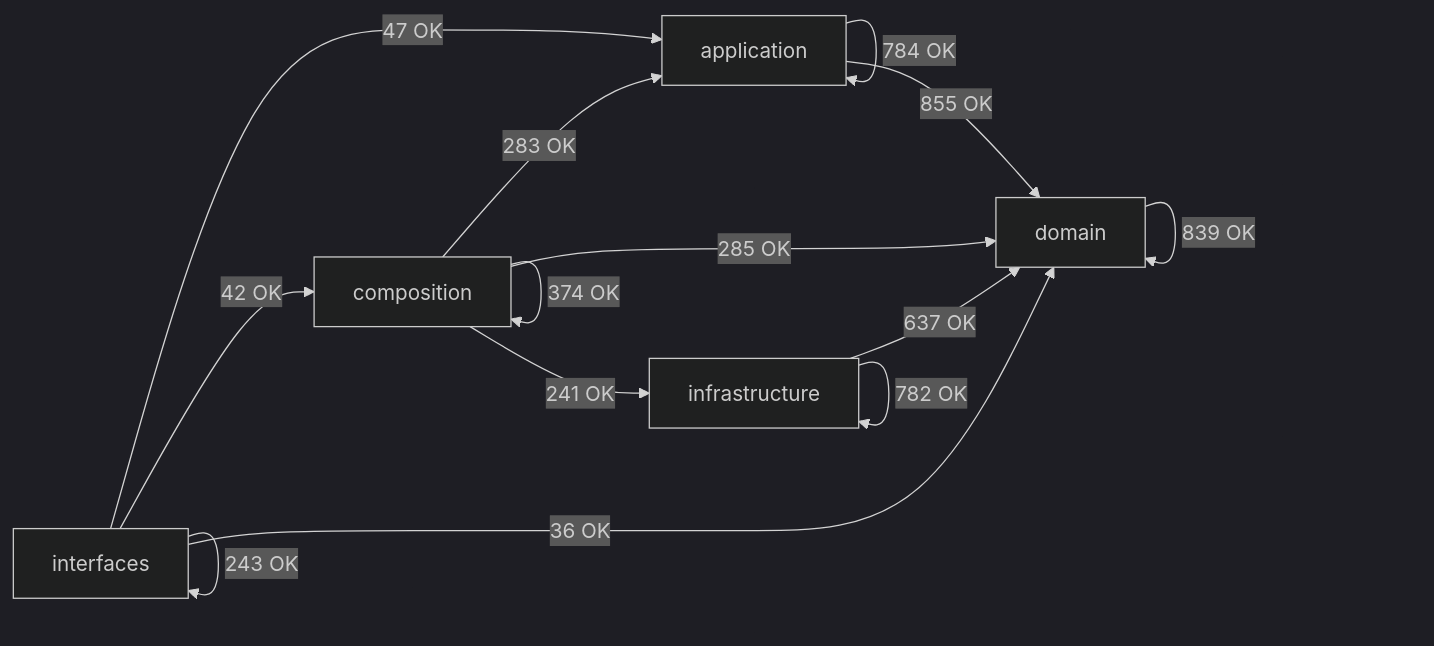
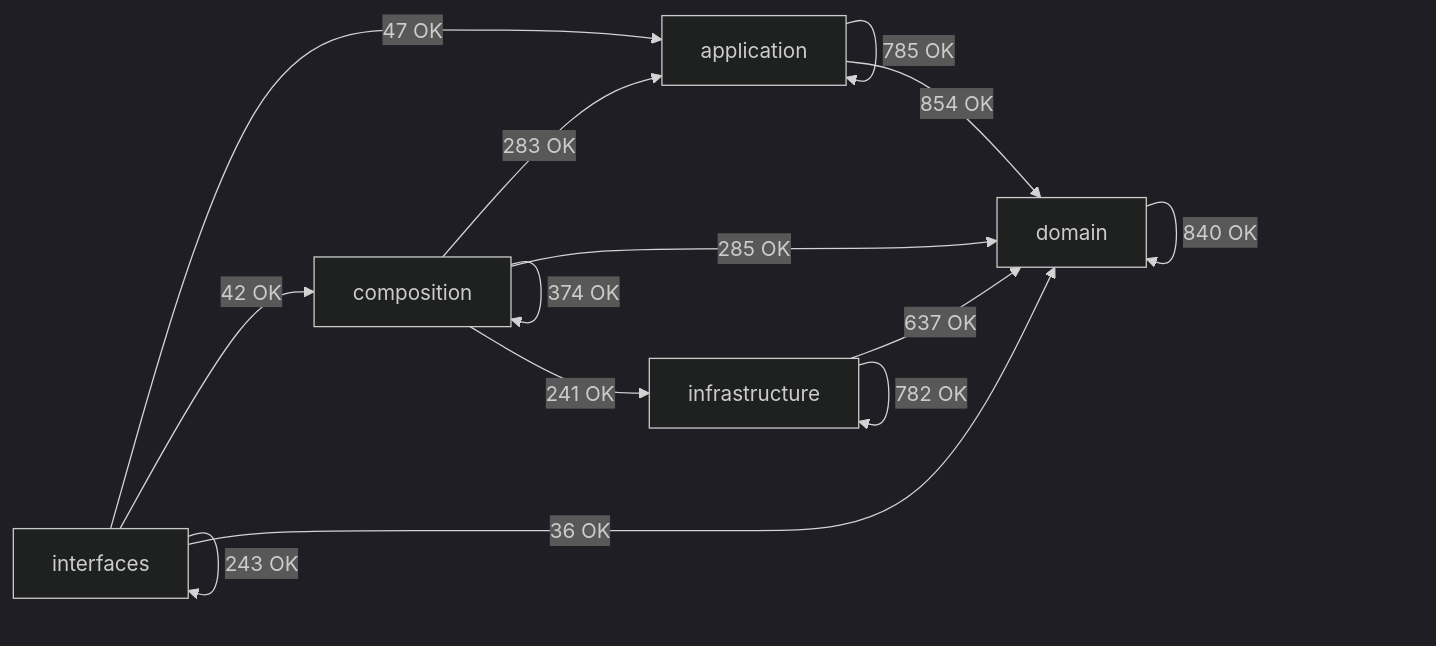
Before and after one commit to SatoryKono/BioactivityDataAcquisition: the diagram in docs/02-architecture/generated/module-dependency-map.md, drawn with Mermaid (dark theme). The commit also changed other lines of this file and 47 other files, not shown here.

````diff
--- a/docs/02-architecture/generated/module-dependency-map.md
+++ b/docs/02-architecture/generated/module-dependency-map.md
@@ -26,21 +26,21 @@
 ```mermaid
 flowchart LR
     domain[domain]
     application[application]
     infrastructure[infrastructure]
     composition[composition]
     interfaces[interfaces]
-    application -->|784 OK| application
-    application -->|855 OK| domain
+    application -->|785 OK| application
+    application -->|854 OK| domain
     composition -->|283 OK| application
     composition -->|374 OK| composition
     composition -->|285 OK| domain
     composition -->|241 OK| infrastructure
-    domain -->|839 OK| domain
+    domain -->|840 OK| domain
     infrastructure -->|637 OK| domain
     infrastructure -->|782 OK| infrastructure
     interfaces -->|47 OK| application
     interfaces -->|42 OK| composition
     interfaces -->|36 OK| domain
     interfaces -->|243 OK| interfaces
 ```
````
